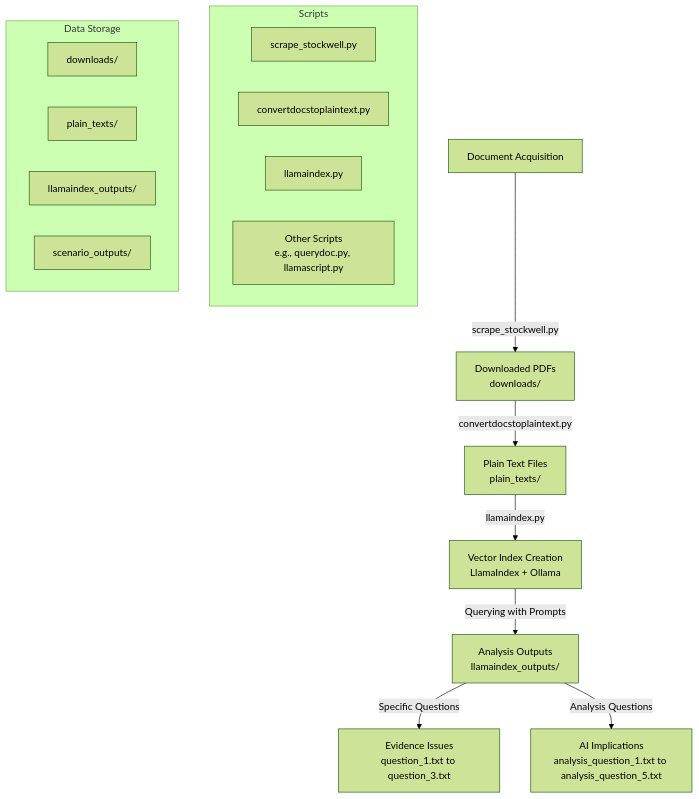
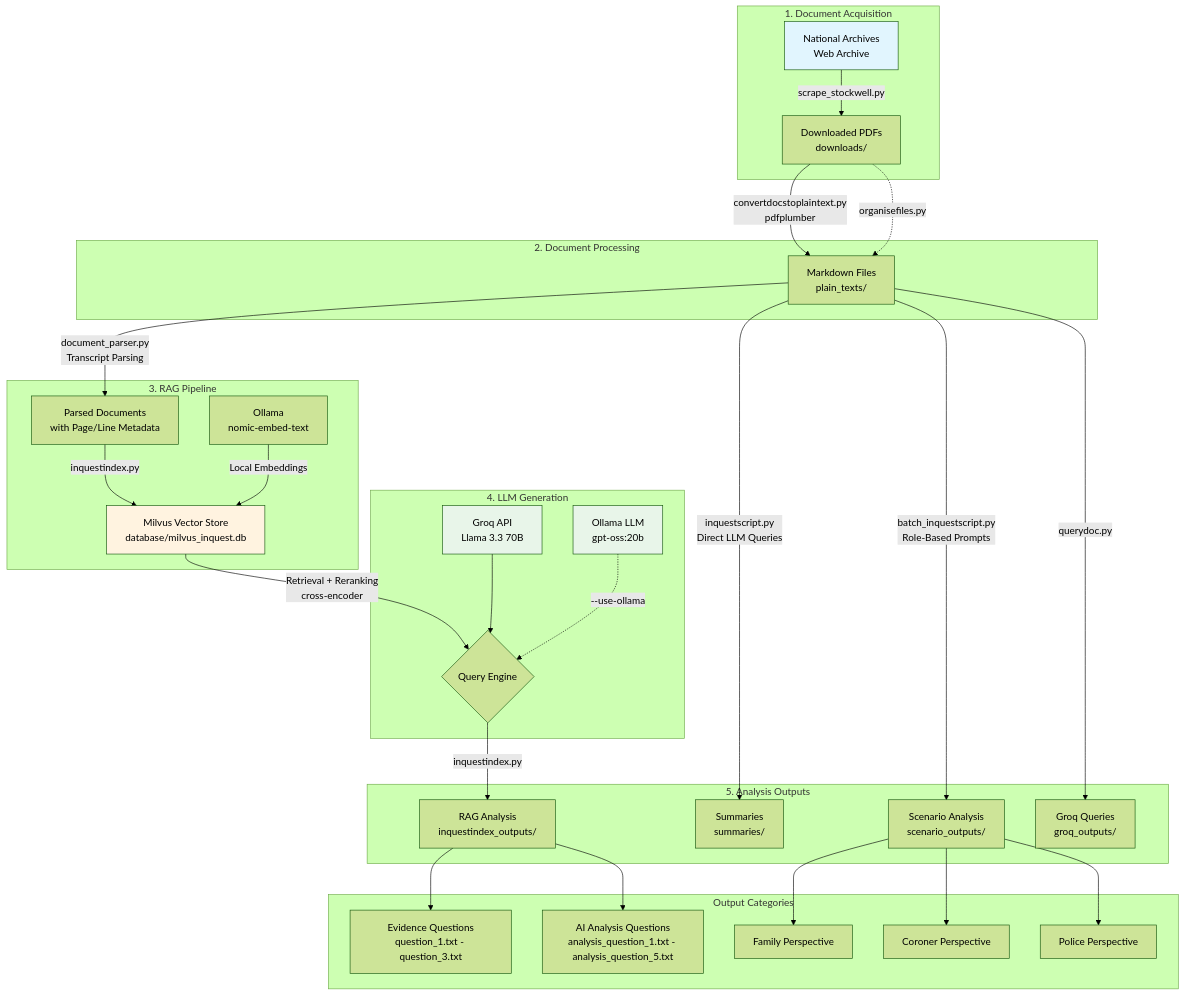
One commit to Milliegw/Inquest_ai changed the diagram in repo_workflow_diagram.md. Above: the diagram before and after it, drawn with Mermaid (forest theme). The commit also changed other lines of this file and 85 other files, not shown here.

````diff
--- a/repo_workflow_diagram.md
+++ b/repo_workflow_diagram.md
@@ -5,21 +5,43 @@
 ```mermaid
 flowchart TD
-    A[Document Acquisition] -->|scrape_stockwell.py| B[Downloaded PDFs<br/>downloads/]
-    B -->|convertdocstoplaintext.py| C[Plain Text Files<br/>plain_texts/]
-    C -->|llamaindex.py| D[Vector Index Creation<br/>LlamaIndex + Ollama]
-    D -->|Querying with Prompts| E[Analysis Outputs<br/>llamaindex_outputs/]
-    E -->|Specific Questions| F[Evidence Issues<br/>question_1.txt to question_3.txt]
-    E -->|Analysis Questions| G[AI Implications<br/>analysis_question_1.txt to analysis_question_5.txt]
-    subgraph Scripts
-        A1[scrape_stockwell.py]
-        A2[convertdocstoplaintext.py]
-        A3[llamaindex.py]
-        A4[Other Scripts<br/>e.g., querydoc.py, llamascript.py]
+    subgraph "1. Document Acquisition"
+        A[National Archives<br/>Web Archive] -->|scrape_stockwell.py| B[Downloaded PDFs<br/>downloads/]
     end
-    subgraph Data Storage
-        B1[downloads/]
-        C1[plain_texts/]
-        E1[llamaindex_outputs/]
-        E2[scenario_outputs/]
+    
+    subgraph "2. Document Processing"
+        B -->|convertdocstoplaintext.py<br/>pdfplumber| C[Markdown Files<br/>plain_texts/]
+        B -.->|organisefiles.py| C
     end
+    
+    subgraph "3. RAG Pipeline"
+        C -->|document_parser.py<br/>Transcript Parsing| D[Parsed Documents<br/>with Page/Line Metadata]
+        D -->|inquestindex.py| E[Milvus Vector Store<br/>database/milvus_inquest.db]
+        F[Ollama<br/>nomic-embed-text] -->|Local Embeddings| E
+    end
+    
+    subgraph "4. LLM Generation"
+        E -->|Retrieval + Reranking<br/>cross-encoder| G{Query Engine}
+        H[Groq API<br/>Llama 3.3 70B] --> G
+        I[Ollama LLM<br/>gpt-oss:20b] -.->|--use-ollama| G
+    end
+    
+    subgraph "5. Analysis Outputs"
+        G -->|inquestindex.py| J[RAG Analysis<br/>inquestindex_outputs/]
+        C -->|inquestscript.py<br/>Direct LLM Queries| K[Summaries<br/>summaries/]
+        C -->|batch_inquestscript.py<br/>Role-Based Prompts| L[Scenario Analysis<br/>scenario_outputs/]
+        C -->|querydoc.py| M[Groq Queries<br/>groq_outputs/]
+    end
+    
+    subgraph "Output Categories"
+        J --> J1[Evidence Questions<br/>question_1.txt - question_3.txt]
+        J --> J2[AI Analysis Questions<br/>analysis_question_1.txt - analysis_question_5.txt]
+        L --> L1[Family Perspective]
+        L --> L2[Coroner Perspective]
+        L --> L3[Police Perspective]
+    end
+
+    style A fill:#e1f5fe
+    style E fill:#fff3e0
+    style H fill:#e8f5e9
+    style I fill:#e8f5e9
 ```
````
